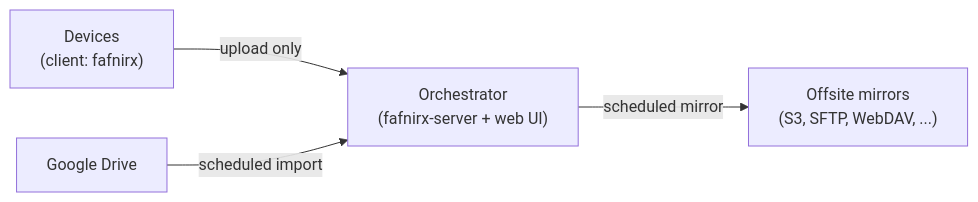
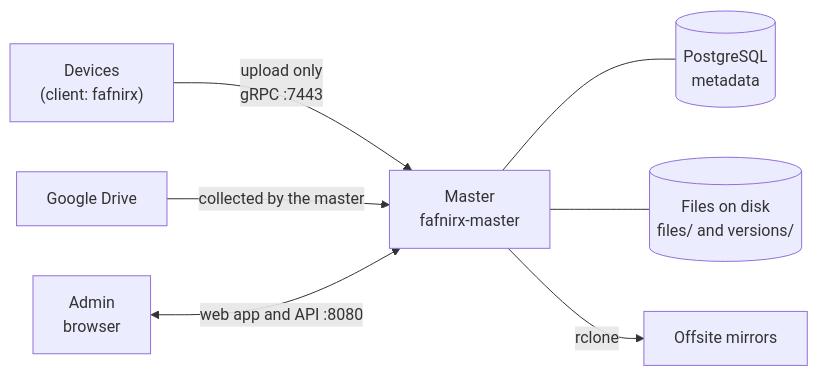
Before and after one commit to jameelhamdan/fafnirx: the first of 2 diagrams in docs/overview.md, drawn with Mermaid. The commit also changed other lines of this file and 221 other files, not shown here.

````diff
--- a/docs/overview.md
+++ b/docs/overview.md
@@ -8,6 +6,9 @@
 ```mermaid
 flowchart LR
-    D["Devices<br/>(client: fafnirx)"] -->|"upload only"| O["Orchestrator<br/>(fafnirx-server + web UI)"]
-    G["Google Drive"] -->|"scheduled import"| O
-    O -->|"scheduled mirror"| M["Offsite mirrors<br/>(S3, SFTP, WebDAV, ...)"]
+    D["Devices<br/>(client: fafnirx)"] -->|"upload only<br/>gRPC :7443"| M["Master<br/>fafnirx-master"]
+    G["Google Drive"] -->|"collected by the master"| M
+    A["Admin<br/>browser"] <-->|"web app and API :8080"| M
+    M --- PG[("PostgreSQL<br/>metadata")]
+    M --- FS[("Files on disk<br/>files/ and versions/")]
+    M -->|"rclone"| O["Offsite mirrors"]
 ```
````
